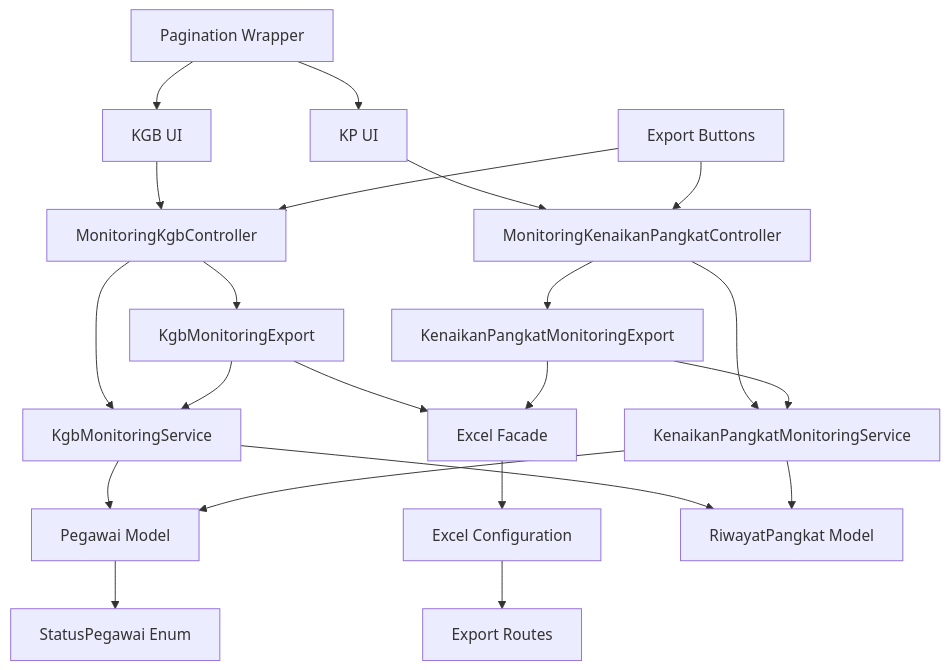
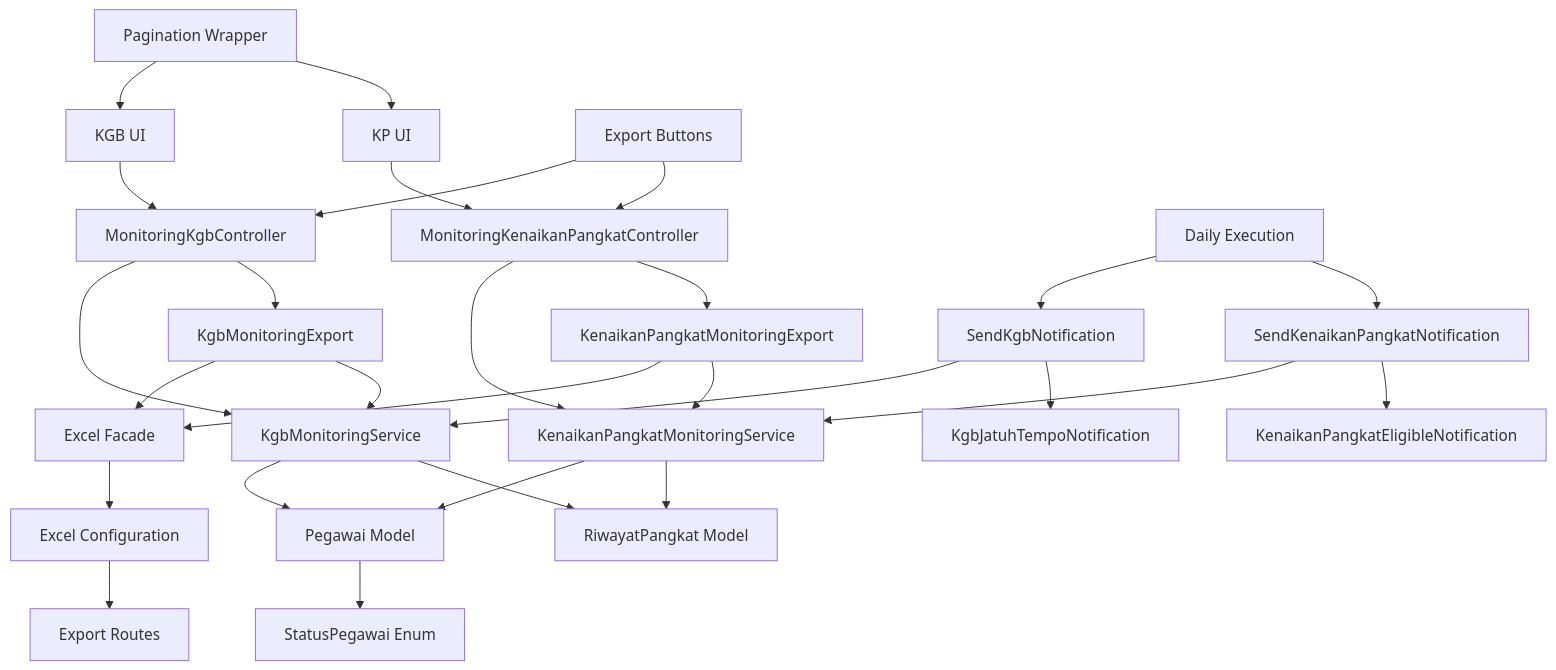
The seventh of 7 diagrams in .qoder/repowiki/en/content/Monitoring and Analytics System/Monitoring and Analytics System.md (PA-Penajam/kepegawaian_apps), drawn with Mermaid before and after one commit. The commit also changed other lines of this file and 4 other files, not shown here.

````diff
--- a/.qoder/repowiki/en/content/Monitoring and Analytics System/Monitoring and Analytics System.md
+++ b/.qoder/repowiki/en/content/Monitoring and Analytics System/Monitoring and Analytics System.md
@@ -528,24 +662,30 @@
 ```mermaid
 graph TB
 UI_KGB["KGB UI"] --> Ctrl_KGB["MonitoringKgbController"]
 UI_KP["KP UI"] --> Ctrl_KP["MonitoringKenaikanPangkatController"]
 Pagination["Pagination Wrapper"] --> UI_KGB
 Pagination --> UI_KP
 ExportBtn["Export Buttons"] --> Ctrl_KGB
 ExportBtn --> Ctrl_KP
 Ctrl_KGB --> Svc_KGB["KgbMonitoringService"]
 Ctrl_KP --> Svc_KP["KenaikanPangkatMonitoringService"]
 Export_KGB["KgbMonitoringExport"] --> ExcelFacade["Excel Facade"]
 Export_KP["KenaikanPangkatMonitoringExport"] --> ExcelFacade
 ExcelFacade --> ExcelConfig["Excel Configuration"]
 ExcelConfig --> Routes["Export Routes"]
 Ctrl_KGB --> Export_KGB
 Ctrl_KP --> Export_KP
 Export_KGB --> Svc_KGB
 Export_KP --> Svc_KP
 Svc_KGB --> Model_Pegawai["Pegawai Model"]
 Svc_KP --> Model_Pegawai
 Svc_KGB --> Model_RiwayatPangkat["RiwayatPangkat Model"]
 Svc_KP --> Model_RiwayatPangkat
 Model_Pegawai --> Enum_Status["StatusPegawai Enum"]
+Console_KGB["SendKgbNotification"] --> Svc_KGB
+Console_KP["SendKenaikanPangkatNotification"] --> Svc_KP
+Console_KGB --> Notify_KGB["KgbJatuhTempoNotification"]
+Console_KP --> Notify_KP["KenaikanPangkatEligibleNotification"]
+Scheduler["Daily Execution"] --> Console_KGB
+Scheduler --> Console_KP
 ```
````
